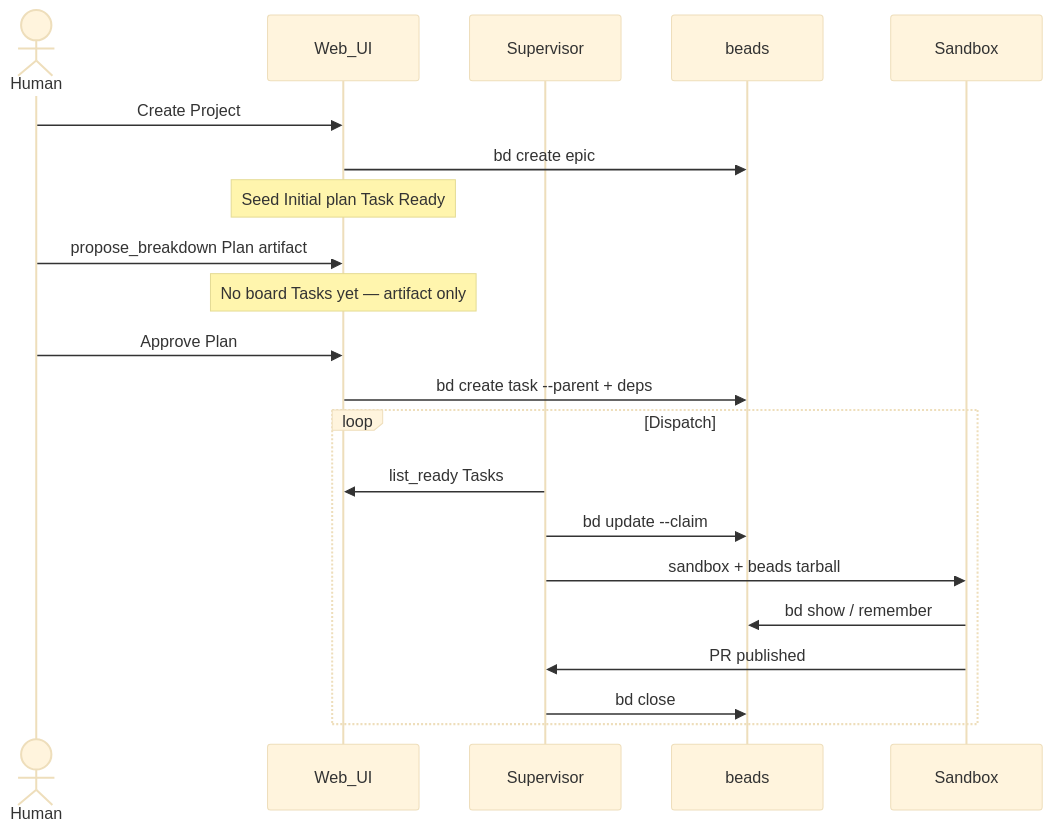
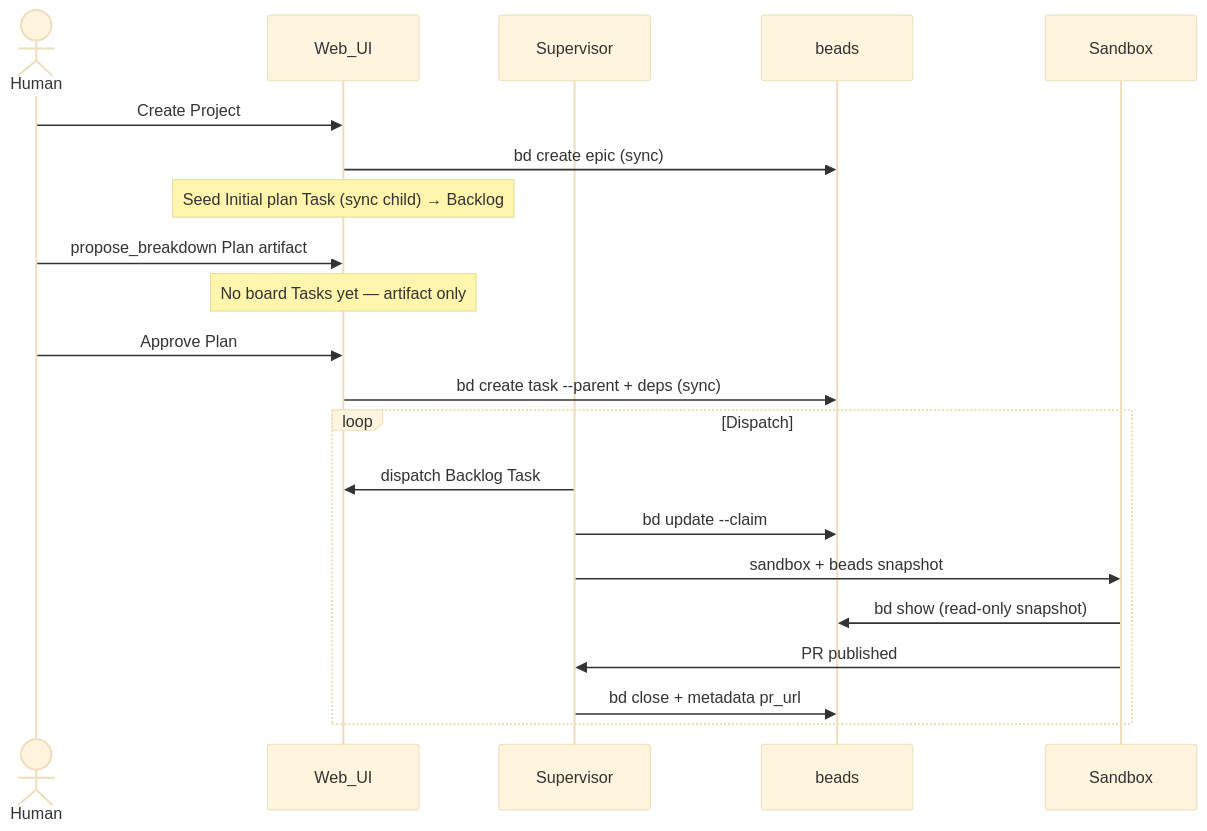
Before and after one commit to honr-app/honr: the third of 3 diagrams in docs/plan_a_honr_beads_design.md, drawn with Mermaid (base theme). The commit also changed other lines of this file and 4 other files, not shown here.

First line of the commit message:
Bind beads synchronously on create and write through the graph.

````diff
--- a/docs/plan_a_honr_beads_design.md
+++ b/docs/plan_a_honr_beads_design.md
@@ -90,24 +93,24 @@
 ```mermaid
 sequenceDiagram
   actor Human
   participant UI as Web_UI
   participant Sup as Supervisor
   participant BD as beads
   participant OS as Sandbox
 
   Human->>UI: Create Project
-  UI->>BD: bd create epic
-  Note over UI: Seed Initial plan Task Ready
+  UI->>BD: bd create epic (sync)
+  Note over UI: Seed Initial plan Task (sync child) → Backlog
   Human->>UI: propose_breakdown Plan artifact
   Note over UI: No board Tasks yet — artifact only
   Human->>UI: Approve Plan
-  UI->>BD: bd create task --parent + deps
+  UI->>BD: bd create task --parent + deps (sync)
   loop Dispatch
-    Sup->>UI: list_ready Tasks
+    Sup->>UI: dispatch Backlog Task
     Sup->>BD: bd update --claim
-    Sup->>OS: sandbox + beads tarball
-    OS->>BD: bd show / remember
+    Sup->>OS: sandbox + beads snapshot
+    OS->>BD: bd show (read-only snapshot)
     OS->>Sup: PR published
-    Sup->>BD: bd close
+    Sup->>BD: bd close + metadata pr_url
   end
 ```
````
